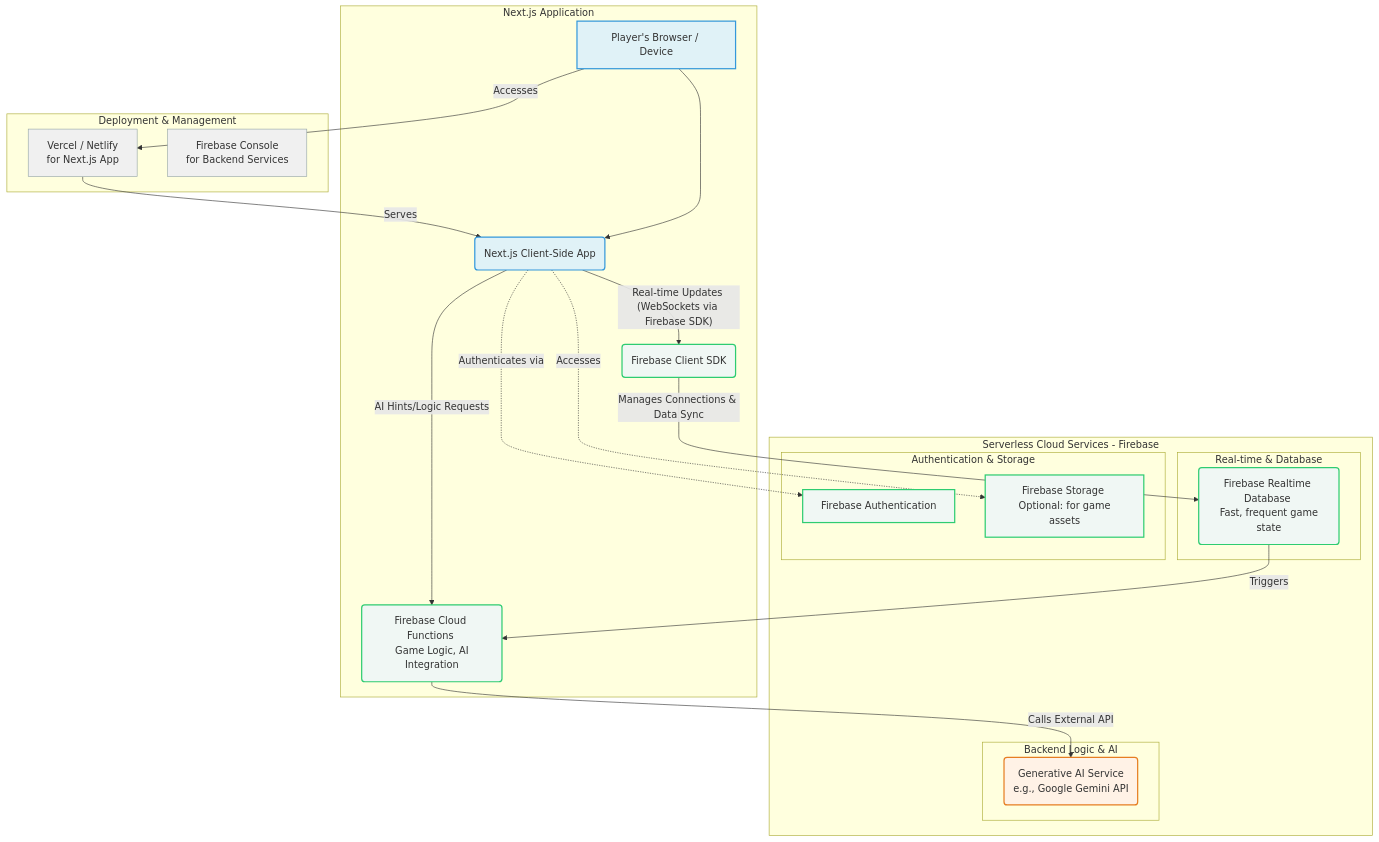
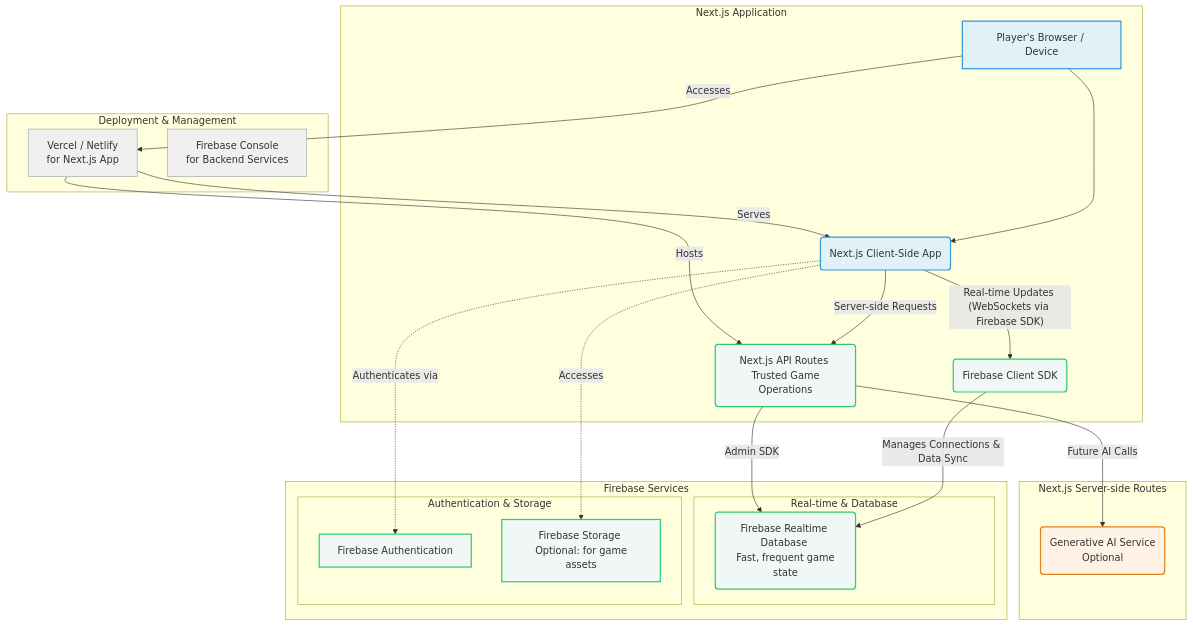
The diagram in docs/diagrams/initial-architecture.md (fejj182/word-chaser), drawn with Mermaid before and after one commit. The commit also changed 3 other files, not shown here.

Commit message:
Document Next.js API routes instead of unused Firebase Cloud functions

````diff
--- a/docs/diagrams/initial-architecture.md
+++ b/docs/diagrams/initial-architecture.md
@@ -1,46 +1,47 @@
 ```mermaid
 graph TD
     subgraph Frontend ["Next.js Application"]
         A[Player's Browser / Device] --> B(Next.js Client-Side App)
         B -- Real-time Updates (WebSockets via Firebase SDK) --> C(Firebase Client SDK)
-        B -- AI Hints/Logic Requests --> E
+        B -- Server-side Requests --> E
     end
 
-    subgraph Backend ["Serverless Cloud Services - Firebase"]
+    subgraph Backend ["Firebase Services"]
         subgraph Real-time & Database
             C -- Manages Connections & Data Sync --> D1(Firebase Realtime Database <br> Fast, frequent game state)
-            D1 -- Triggers --> E
-        end
-
-        subgraph Serverless Functions ["Backend Logic & AI"]
-            E(Firebase Cloud Functions <br> Game Logic, AI Integration)
-            E -- Calls External API --> F(Generative AI Service <br> e.g., Google Gemini API)
         end
 
         subgraph Authentication & Storage
             G[Firebase Authentication]
             H[Firebase Storage <br> Optional: for game assets]
         end
+    end
+
+    subgraph AppBackend ["Next.js Server-side Routes"]
+        E(Next.js API Routes <br> Trusted Game Operations)
+        E -- Admin SDK --> D1
+        E -- Future AI Calls --> F(Generative AI Service <br> Optional)
     end
 
     subgraph Deployment & Management
         I[Vercel / Netlify <br> for Next.js App]
         J[Firebase Console <br> for Backend Services]
     end
 
     A -- Accesses --> I
     I -- Serves --> B
+    I -- Hosts --> E
     B -. Authenticates via .-> G
     B -. Accesses .-> H
 
     style A fill:#e0f2f7,stroke:#3498db,stroke-width:2px
     style B fill:#e0f2f7,stroke:#3498db,stroke-width:2px
     style C fill:#f0f7f4,stroke:#2ecc71,stroke-width:2px
     style D1 fill:#f0f7f4,stroke:#2ecc71,stroke-width:2px
     style E fill:#f0f7f4,stroke:#2ecc71,stroke-width:2px
     style F fill:#fff2e6,stroke:#e67e22,stroke-width:2px
     style G fill:#f0f7f4,stroke:#2ecc71,stroke-width:2px
     style H fill:#f0f7f4,stroke:#2ecc71,stroke-width:2px
     style I fill:#f0f0f0,stroke:#95a5a6,stroke-width:1px
     style J fill:#f0f0f0,stroke:#95a5a6,stroke-width:1px
 ```
````
